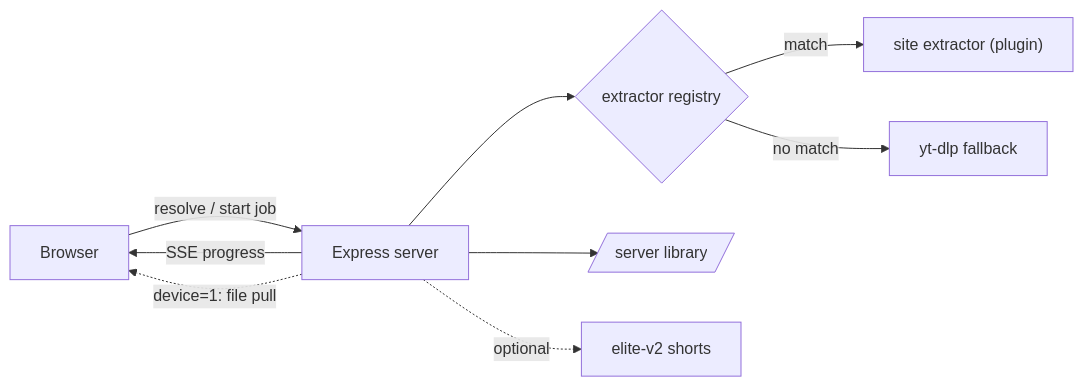
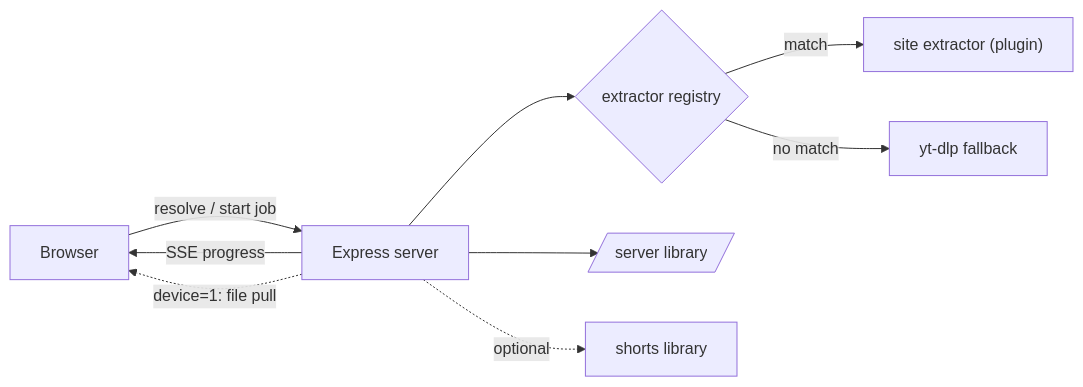
The diagram in README.md (tjelite1986/grabbit), drawn with Mermaid before and after one commit. The commit also changed other lines of this file and 2 other files, not shown here.

````diff
--- a/README.md
+++ b/README.md
@@ -701,11 +703,11 @@
 ```mermaid
 flowchart LR
   B[Browser] -->|"resolve / start job"| S[Express server]
   S --> R{extractor registry}
   R -->|match| E["site extractor (plugin)"]
   R -->|no match| Y[yt-dlp fallback]
   S -->|SSE progress| B
   S --> L[/server library/]
   S -.->|"device=1: file pull"| B
-  S -.->|optional| EV2[elite-v2 shorts]
+  S -.->|optional| EV2[shorts library]
 ```
````
